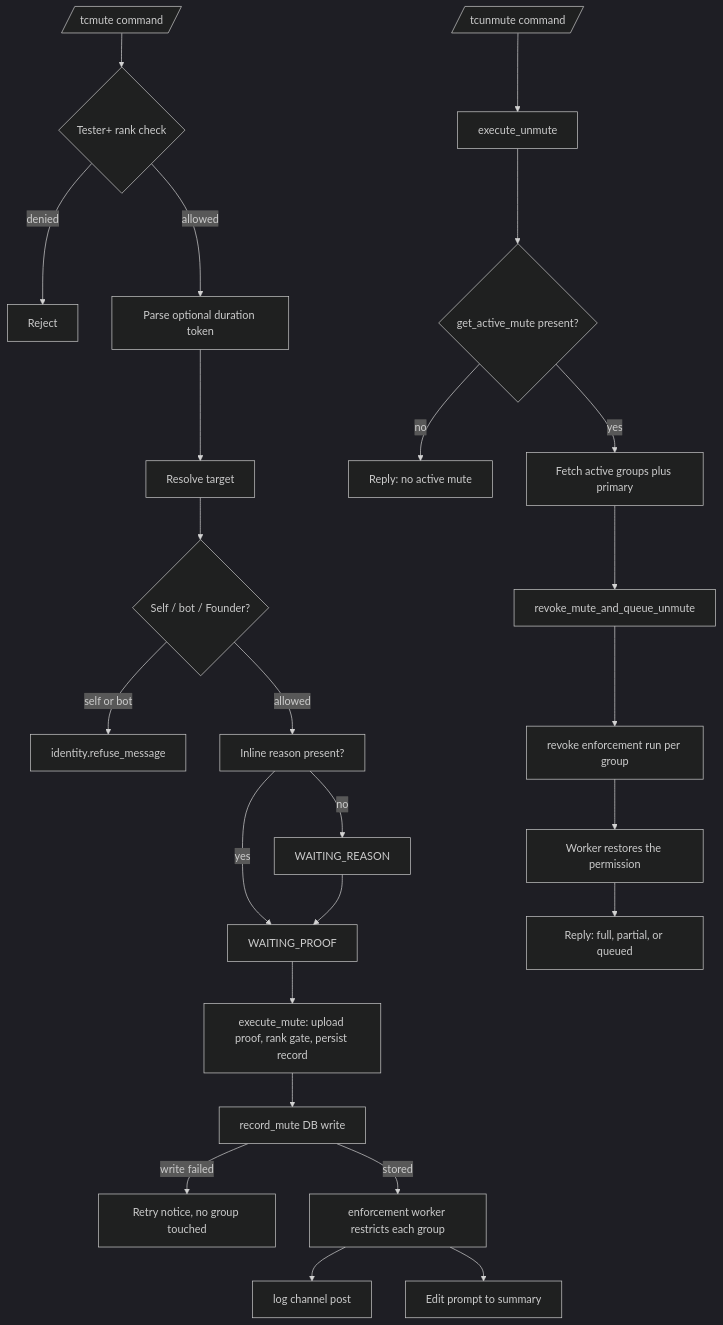
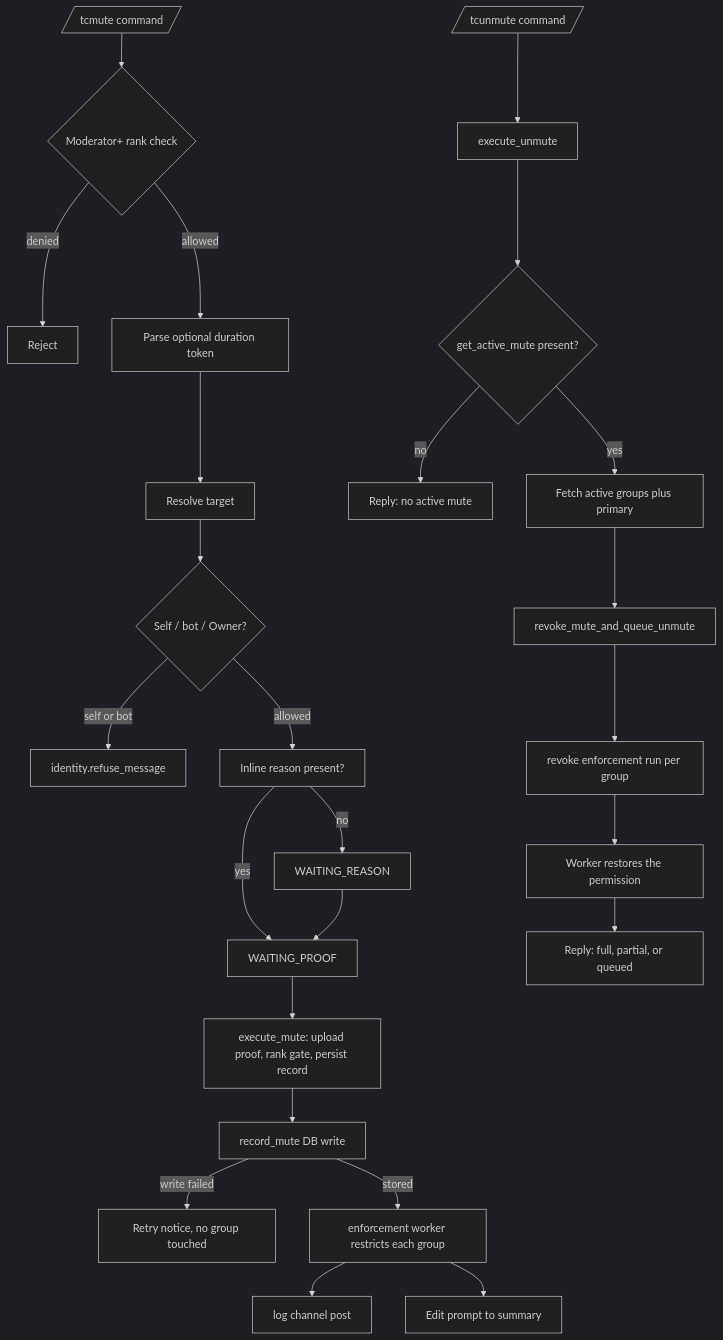
The diagram in docs/features/moderation/muting.md (D1ZZY4/tcbot), drawn with Mermaid (dark theme) before and after one commit. The commit also changed other lines of this file and 82 other files, not shown here.

First line of the commit message:
refactor(roles): rename role vocabulary to owner and moderator

````diff
--- a/docs/features/moderation/muting.md
+++ b/docs/features/moderation/muting.md
@@ -11,27 +11,27 @@
 ```mermaid
 flowchart TD
-    Cmd[/tcmute command/] --> Perm{Tester+ rank check}
+    Cmd[/tcmute command/] --> Perm{Moderator+ rank check}
     Perm -->|denied| End1[Reject]
     Perm -->|allowed| Duration[Parse optional duration token]
     Duration --> Target[Resolve target]
-    Target --> Ident{Self / bot / Founder?}
+    Target --> Ident{Self / bot / Owner?}
     Ident -->|self or bot| Refuse[identity.refuse_message]
     Ident -->|allowed| ReasonStep[Inline reason present?]
     ReasonStep -->|yes| ProofStep[WAITING_PROOF]
     ReasonStep -->|no| ReasonPrompt[WAITING_REASON]
     ReasonPrompt --> ProofStep
     ProofStep --> Exec[execute_mute: upload proof, rank gate, persist record]
     Exec --> Store[record_mute DB write]
     Store -->|write failed| AbortM[Retry notice, no group touched]
     Store -->|stored| FanOut[enforcement worker restricts each group]
     FanOut --> Log[log channel post]
     FanOut --> Reply[Edit prompt to summary]
     Unmute[/tcunmute command/] --> ExecU[execute_unmute]
     ExecU --> Guard{get_active_mute present?}
     Guard -->|no| NoMute[Reply: no active mute]
     Guard -->|yes| Fetch[Fetch active groups plus primary]
     Fetch --> Decide[revoke_mute_and_queue_unmute]
     Decide --> Run[revoke enforcement run per group]
     Run --> Deliver[Worker restores the permission]
     Deliver --> Report[Reply: full, partial, or queued]
 ```
````
